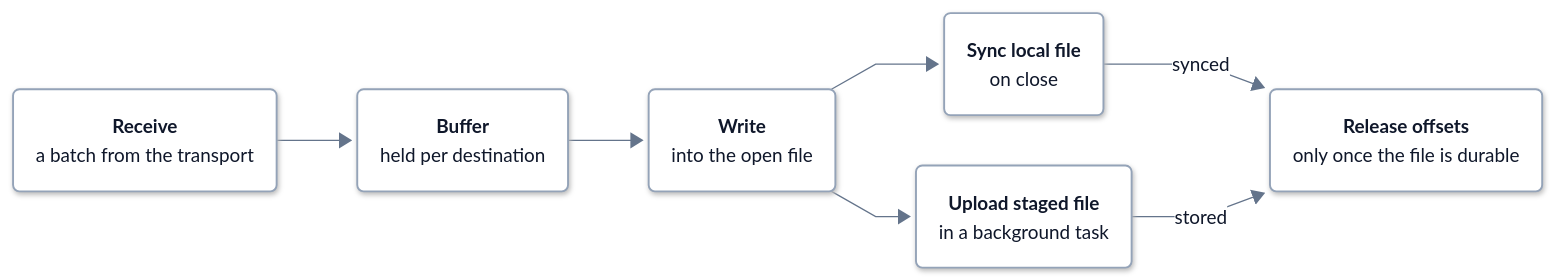
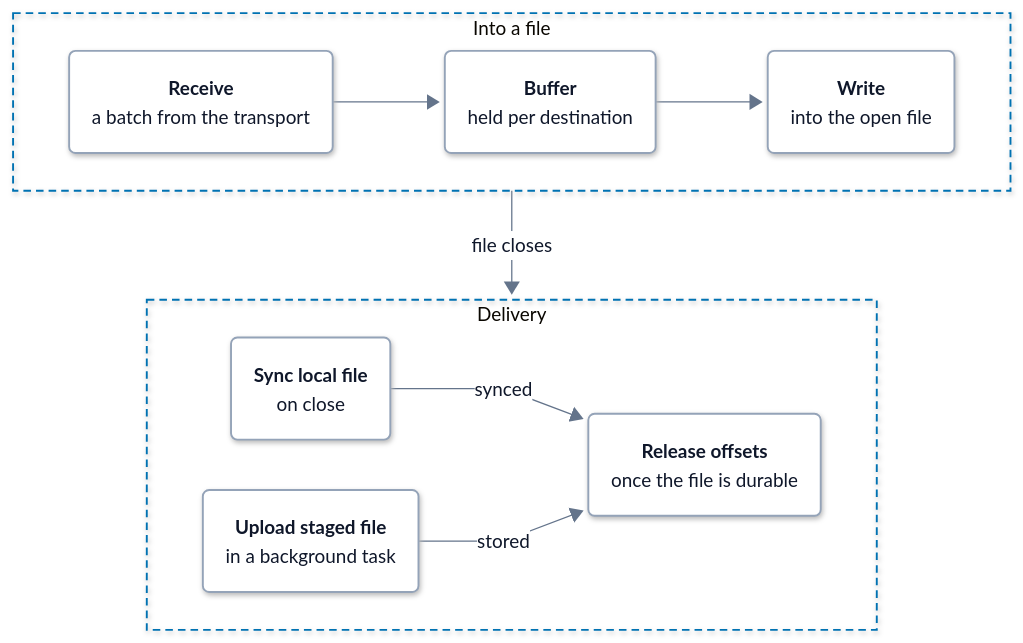
Before and after one commit to hyperi-io/dfe-archiver: the diagram in docs/delivery.md, drawn with Mermaid. The commit also changed other lines of this file and 6 other files, not shown here.

First line of the commit message:
docs(architecture): reshape the architecture page around the parts (#189)

````diff
--- a/docs/delivery.md
+++ b/docs/delivery.md
@@ -19,74 +25,80 @@
 ```mermaid
 ---
 config:
   theme: base
   look: neo
   fontFamily: Inter, -apple-system, Segoe UI, Roboto, Helvetica, Arial, sans-serif
   flowchart:
     curve: linear
     nodeSpacing: 40
     rankSpacing: 64
     padding: 18
     wrappingWidth: 280
     htmlLabels: true
   elk:
     preset: modelOrder
   themeVariables:
     fontSize: 15px
     lineColor: "#64748B"
     primaryTextColor: "#0F172A"
     clusterBorder: "#0072B2"
     edgeLabelBackground: "#FFFFFF"
   themeCSS: >-
     p{margin:0}
     .node[data-look] rect,.node[data-look] path,.node[data-look] polygon,.node[data-look] .outer-path{filter:drop-shadow(0 1px 2px rgba(15,23,42,.10)) drop-shadow(0 6px 14px rgba(15,23,42,.10))}
     .node rect{rx:10px;ry:10px}
     .cluster rect{rx:16px;ry:16px}
     .node .label div{min-width:150px}
     .node.decision .label div{min-width:0}
     .cluster[data-look] rect{filter:none}
     .nodeLabel{line-height:1.35}
     .nodeLabel b{font-weight:600;font-size:15px;letter-spacing:-0.01em}
     .nodeLabel span{font-size:12.5px;font-weight:400;color:#334155}
     .cluster-label span.nodeLabel{display:inline-block;background:#FFFFFF;color:#0B2A3F;border:1.5px solid #0072B2;border-radius:999px;padding:2px 12px;font-size:11.5px;font-weight:700;letter-spacing:.09em;text-transform:uppercase}
     .flowchart-link{stroke-width:1.75px}
     .labelBkg{background:transparent!important}
     span.edgeLabel{display:inline-block;background:#FFFFFF!important;color:#1E293B;border:1px solid #94A3B8;border-radius:999px;padding:2px 10px;font-size:12px;font-weight:500}
     span.edgeLabel p{background:transparent!important}
     .label-icon{width:20px;height:20px;vertical-align:-4px;margin-right:6px}
     .ingest .label-icon{color:#0E8A7D}
     .xform .label-icon{color:#7B4FB0}
     .load .label-icon{color:#0072B2}
     .bus .label-icon{color:#A8517F}
     .store .label-icon{color:#00785A}
     .ui .label-icon{color:#D9480F}
     .ext .label-icon{color:#64748B}
 ---
-flowchart LR
-  accTitle: L4 Detail -- Release on a complete file
-  accDescr: A batch is received, buffered and written into its destination's open file. When the file closes, a local file is synced or a staged file is uploaded, and only then are the file's offsets released.
-  receive("<b>Receive</b><br/><span>a batch from the transport</span>")
-  buffer("<b>Buffer</b><br/><span>held per destination</span>")
-  write("<b>Write</b><br/><span>into the open file</span>")
-  sync("<b>Sync local file</b><br/><span>on close</span>")
-  upload("<b>Upload staged file</b><br/><span>in a background task</span>")
-  release("<b>Release offsets</b><br/><span>only once the file is durable</span>")
-  receive --> buffer
-  buffer --> write
-  write --> sync
-  write --> upload
-  sync -->|synced| release
-  upload -->|stored| release
+flowchart TB
+  accTitle: L4 Detail -- Delivery
+  accDescr: A batch is received, buffered and written into its destination's open file. When the file closes, a local file is synced or a staged file is uploaded in a background task, and only then are the file's offsets released.
+  subgraph pipe["Into a file"]
+    direction LR
+    receive("<b>Receive</b><br/><span>a batch from the transport</span>")
+    buffer("<b>Buffer</b><br/><span>held per destination</span>")
+    write("<b>Write</b><br/><span>into the open file</span>")
+    receive --> buffer --> write
+  end
+  subgraph dl["Delivery"]
+    direction LR
+    sync("<b>Sync local file</b><br/><span>on close</span>")
+    upload("<b>Upload staged file</b><br/><span>in a background task</span>")
+    release("<b>Release offsets</b><br/><span>once the file is durable</span>")
+    sync -->|synced| release
+    upload -->|stored| release
+  end
+  pipe -->|file closes| dl
+  class receive,buffer,write,sync,upload,release part
   classDef ext fill:#F4F6F8,stroke:#94A3B8,stroke-width:1.5px,stroke-dasharray:5 4,color:#0F172A
   classDef ingest fill:#FFFFFF,stroke:#0E8A7D,stroke-width:3px,color:#0F172A
   classDef xform fill:#FFFFFF,stroke:#7B4FB0,stroke-width:3px,color:#0F172A
   classDef load fill:#FFFFFF,stroke:#0072B2,stroke-width:3px,color:#0F172A
   classDef bus fill:#FFFFFF,stroke:#A8517F,stroke-width:3px,color:#0F172A
   classDef store fill:#FFFFFF,stroke:#00785A,stroke-width:3px,color:#0F172A
   classDef ui fill:#FFFFFF,stroke:#D9480F,stroke-width:3px,color:#0F172A
   classDef decision fill:#FFFFFF,stroke:#9A6700,stroke-width:3px,color:#0F172A
   classDef error fill:#FFFFFF,stroke:#C2410C,stroke-width:3px,color:#0F172A
   classDef control fill:#FFFFFF,stroke:#334155,stroke-width:3px,color:#0F172A
   classDef part fill:#FFFFFF,stroke:#94A3B8,stroke-width:1.5px,color:#0F172A
-  class receive,buffer,write,sync,upload,release part
+  style pipe fill:none,stroke:#0072B2,stroke-width:1.5px,stroke-dasharray:6 4
+  style dl fill:none,stroke:#0072B2,stroke-width:1.5px,stroke-dasharray:6 4
 ```
````
